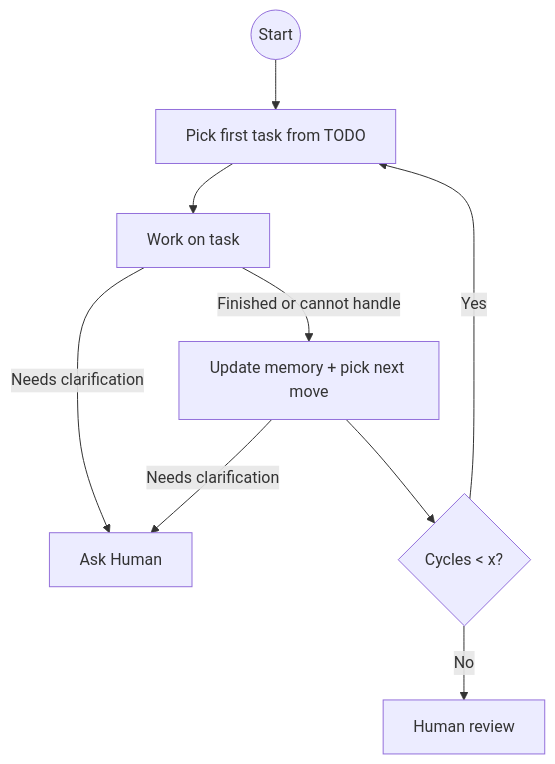
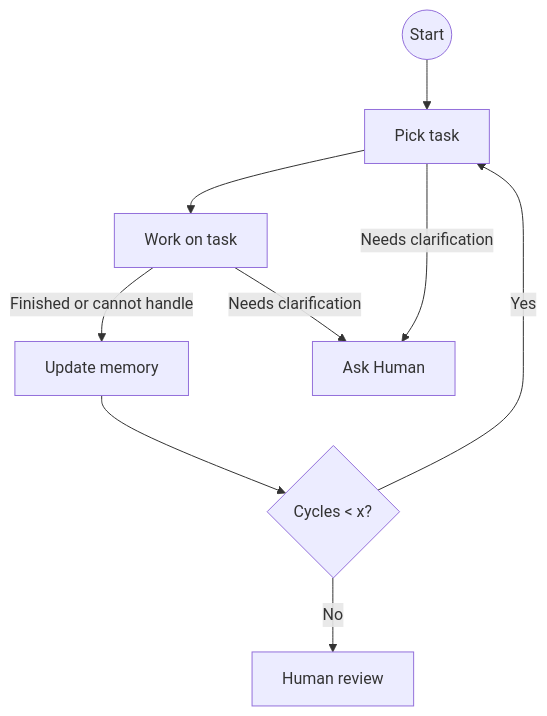
The diagram in AGENTS.md (marcingurbisz/idea-execution-framework), drawn with Mermaid before and after one commit. The commit also changed other lines of this file, not shown here.

Commit message:
Refine agent instructions: clarify task selection and memory update processes

````diff
--- a/AGENTS.md
+++ b/AGENTS.md
@@ -22,11 +22,11 @@
 ```mermaid
 flowchart TD
-    A@{ shape: circle, label: "Start" } --> B[Pick first task from TODO]
+    A@{ shape: circle, label: "Start" } --> B[Pick  task]
     B --> C[Work on task]
-    C -->|Finished or cannot handle| E[Update memory + pick next move]
+    C -->|Finished or cannot handle| E[Update memory]
     C -->|Needs clarification| H[Ask Human]
-    E -->|Needs clarification| H
+    B -->|Needs clarification| H
     E --> G{Cycles < x?}
     G -->|Yes| B
     G -->|No| I[Human review]
 ```
````
